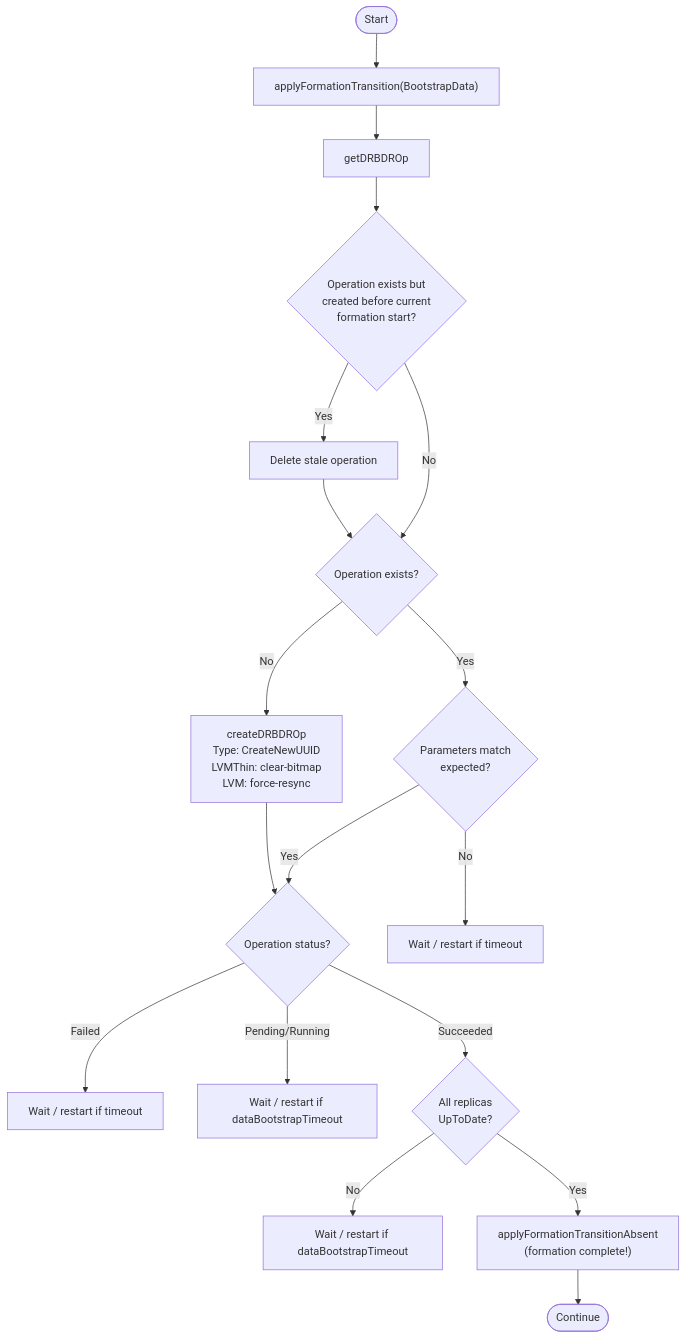
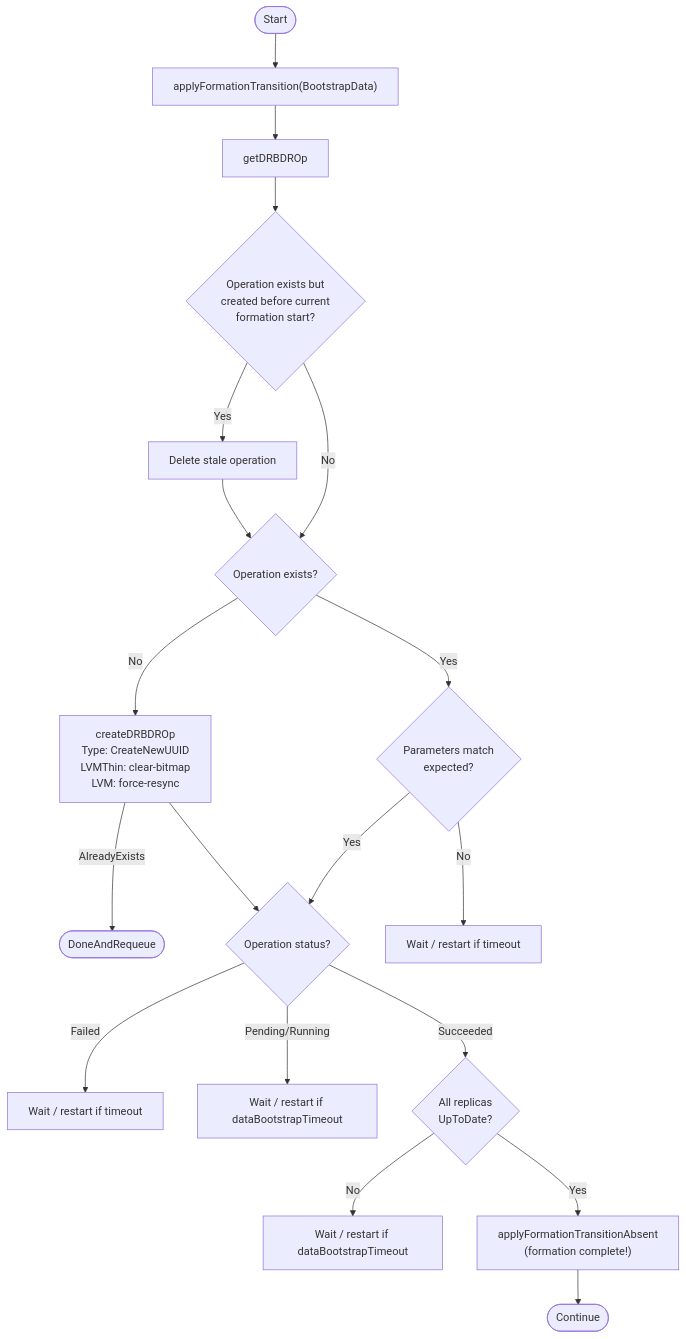
Before and after one commit to deckhouse/sds-replicated-volume: the seventh of 8 diagrams in images/controller/internal/controllers/rv_controller/README.md, drawn with Mermaid. The commit also changed other lines of this file and 9 other files, not shown here.

````diff
--- a/images/controller/internal/controllers/rv_controller/README.md
+++ b/images/controller/internal/controllers/rv_controller/README.md
@@ -453,25 +454,26 @@
 ```mermaid
 flowchart TD
     Start([Start]) --> ApplyTransition["applyFormationTransition(BootstrapData)"]
     ApplyTransition --> GetOp[getDRBDROp]
     GetOp --> CheckStale{"Operation exists but<br/>created before current<br/>formation start?"}
     CheckStale -->|Yes| DeleteStale[Delete stale operation]
     DeleteStale --> CheckExists
 
     CheckStale -->|No| CheckExists{Operation exists?}
     CheckExists -->|No| CreateOp["createDRBDROp<br/>Type: CreateNewUUID<br/>LVMThin: clear-bitmap<br/>LVM: force-resync"]
+    CreateOp -->|AlreadyExists| Requeue([DoneAndRequeue])
     CreateOp --> CheckStatus
 
     CheckExists -->|Yes| VerifyParams{"Parameters match<br/>expected?"}
     VerifyParams -->|No| WaitRestart1[Wait / restart if timeout]
     VerifyParams -->|Yes| CheckStatus
 
     CheckStatus{"Operation status?"}
     CheckStatus -->|Failed| WaitRestart2[Wait / restart if timeout]
     CheckStatus -->|Pending/Running| WaitTimeout[Wait / restart if dataBootstrapTimeout]
     CheckStatus -->|Succeeded| CheckUpToDate{"All replicas<br/>UpToDate?"}
 
     CheckUpToDate -->|No| WaitSync[Wait / restart if dataBootstrapTimeout]
     CheckUpToDate -->|Yes| Complete["applyFormationTransitionAbsent<br/>(formation complete!)"]
     Complete --> End([Continue])
 ```
````
